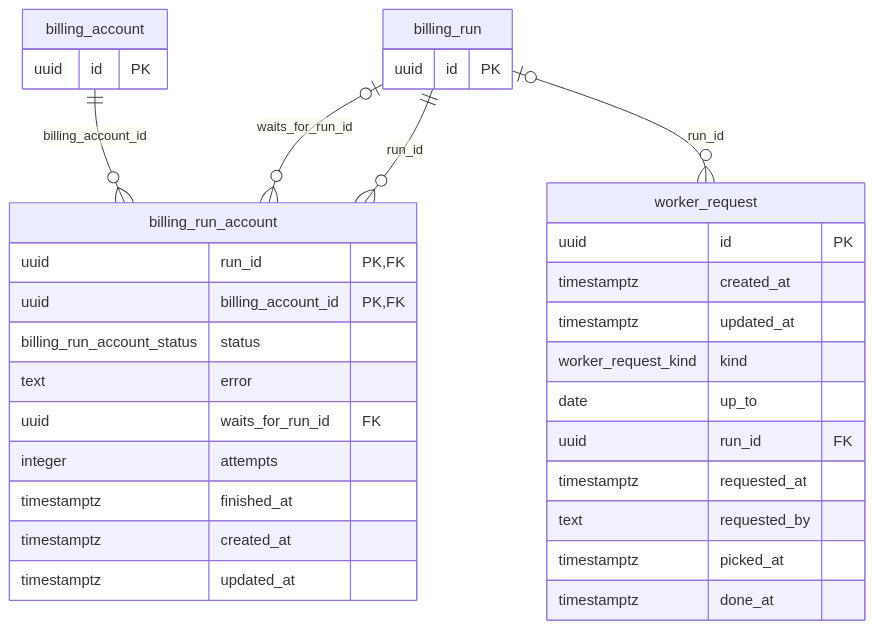
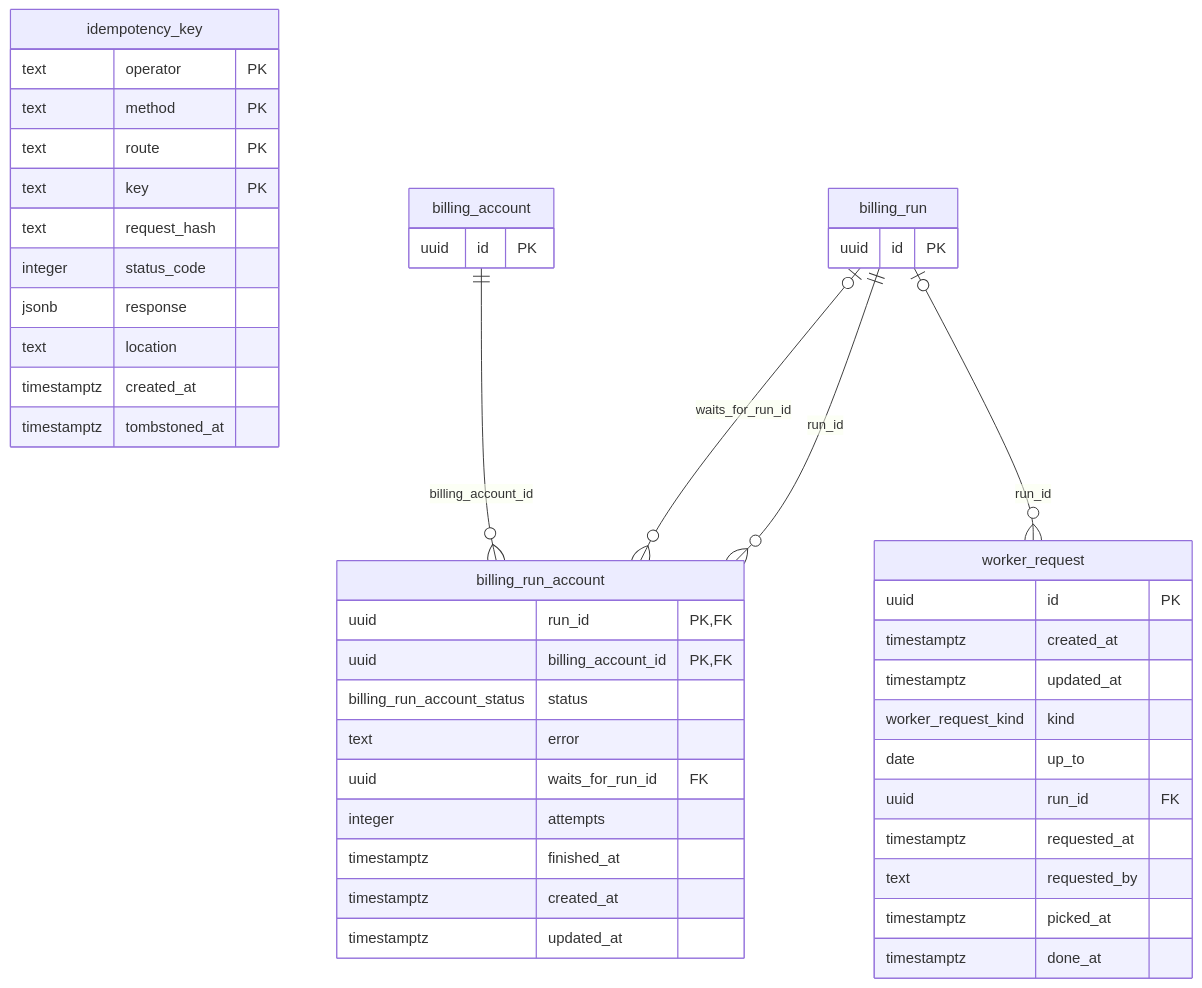
Before and after one commit to altharmz/bss: the seventh of 9 diagrams in docs/db/README.md, drawn with Mermaid. The commit also changed other lines of this file and 12 other files, not shown here.

First line of the commit message:
Add the Idempotency-Key response journal

````diff
--- a/docs/db/README.md
+++ b/docs/db/README.md
@@ -1042,36 +1044,48 @@
 ```mermaid
 erDiagram
   billing_run_account {
     uuid run_id PK,FK
     uuid billing_account_id PK,FK
     billing_run_account_status status
     text error
     uuid waits_for_run_id FK
     integer attempts
     timestamptz finished_at
     timestamptz created_at
     timestamptz updated_at
   }
   worker_request {
     uuid id PK
     timestamptz created_at
     timestamptz updated_at
     worker_request_kind kind
     date up_to
     uuid run_id FK
     timestamptz requested_at
     text requested_by
     timestamptz picked_at
     timestamptz done_at
   }
+  idempotency_key {
+    text operator PK
+    text method PK
+    text route PK
+    text key PK
+    text request_hash
+    integer status_code
+    jsonb response
+    text location
+    timestamptz created_at
+    timestamptz tombstoned_at
+  }
   billing_account {
     uuid id PK
   }
   billing_run {
     uuid id PK
   }
   billing_account ||--o{ billing_run_account : "billing_account_id"
   billing_run |o--o{ billing_run_account : "waits_for_run_id"
   billing_run |o--o{ worker_request : "run_id"
   billing_run ||--o{ billing_run_account : "run_id"
 ```
````
